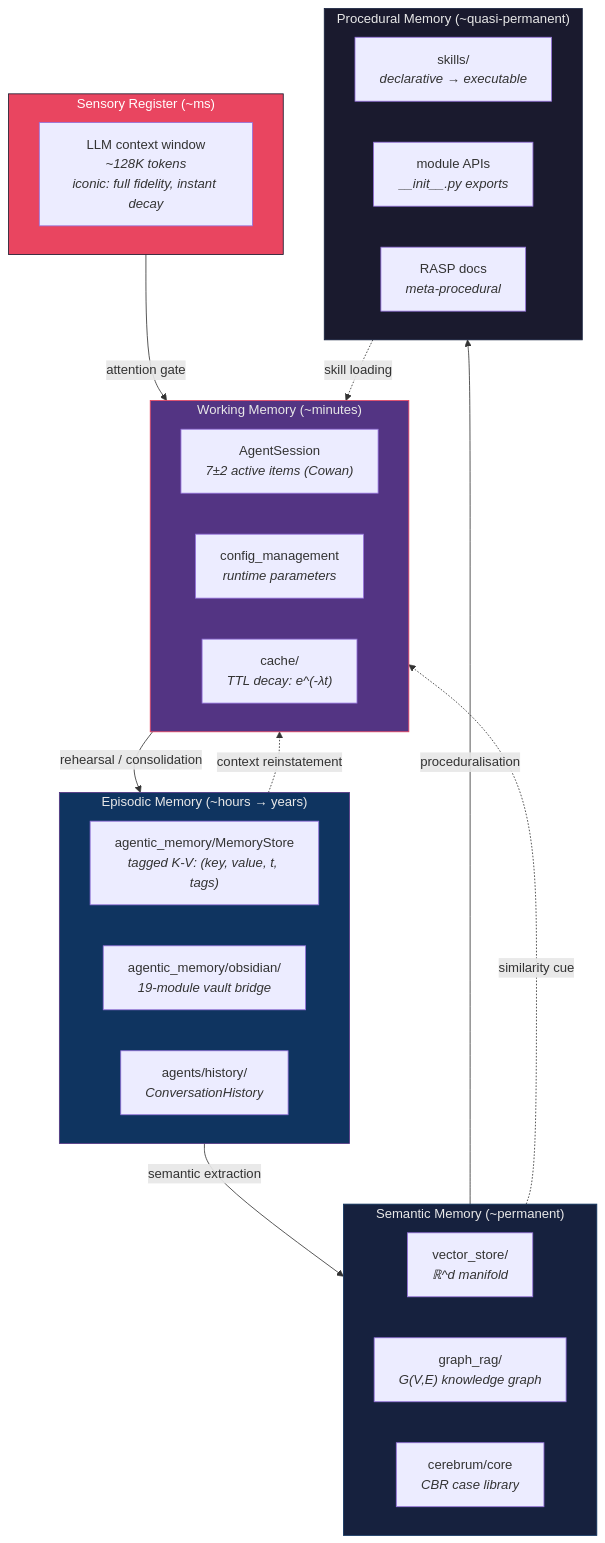
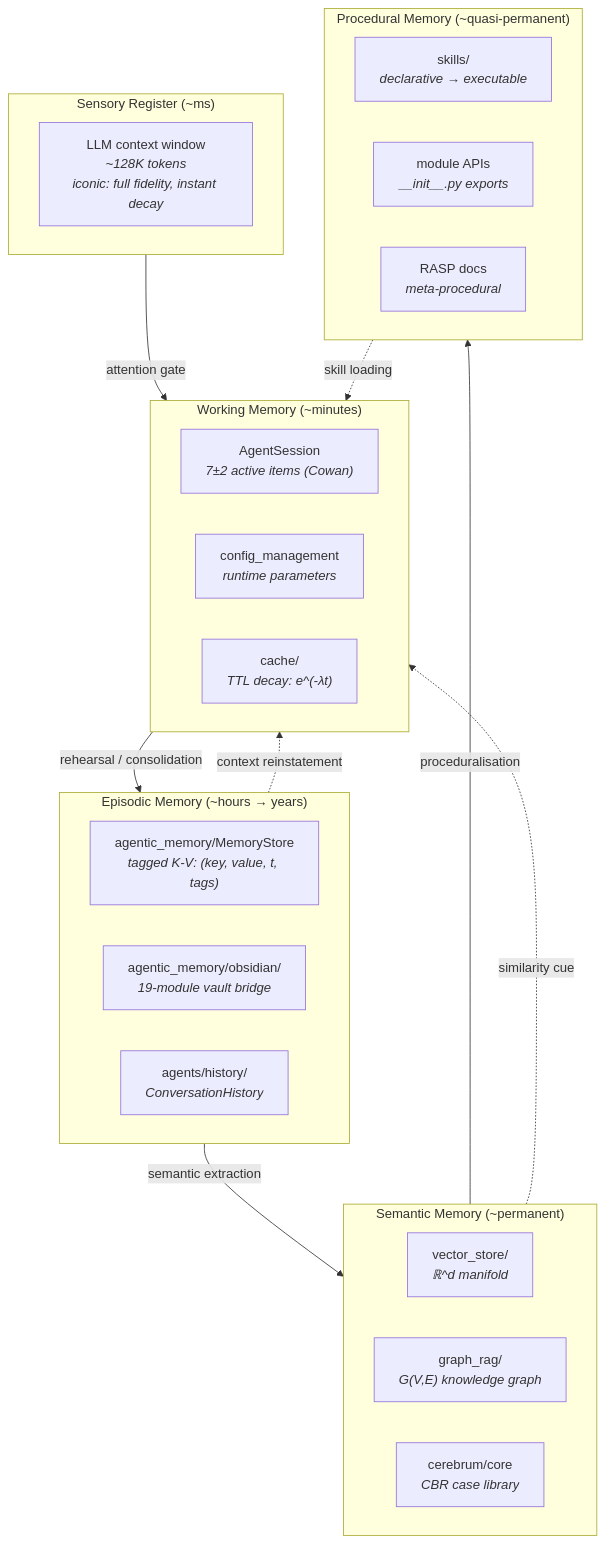
Before and after one commit to docxology/codomyrmex: the diagram in docs/agi/memory_and_continuity.md, drawn with Mermaid. The commit also changed 86 other files, not shown here.

````diff
--- a/docs/agi/memory_and_continuity.md
+++ b/docs/agi/memory_and_continuity.md
@@ -17,45 +17,39 @@
 ```mermaid
 graph TB
     subgraph SENSORY["Sensory Register (~ms)"]
         LLM_CTX["LLM context window<br/><i>~128K tokens</i><br/><i>iconic: full fidelity, instant decay</i>"]
     end
 
     subgraph WORKING["Working Memory (~minutes)"]
         SESSION["AgentSession<br/><i>7±2 active items (Cowan)</i>"]
         CONFIG["config_management<br/><i>runtime parameters</i>"]
         CACHE["cache/<br/><i>TTL decay: e^(-λt)</i>"]
     end
 
     subgraph EPISODIC["Episodic Memory (~hours → years)"]
         AMEM["agentic_memory/MemoryStore<br/><i>tagged K-V: (key, value, t, tags)</i>"]
         OBS["agentic_memory/obsidian/<br/><i>19-module vault bridge</i>"]
         HIST["agents/history/<br/><i>ConversationHistory</i>"]
     end
 
     subgraph SEMANTIC["Semantic Memory (~permanent)"]
         VEC["vector_store/<br/><i>ℝ^d manifold</i>"]
         GRAPH["graph_rag/<br/><i>G(V,E) knowledge graph</i>"]
         CASE["cerebrum/core<br/><i>CBR case library</i>"]
     end
 
     subgraph PROCEDURAL["Procedural Memory (~quasi-permanent)"]
         SKILLS["skills/<br/><i>declarative → executable</i>"]
         CODE["module APIs<br/><i>__init__.py exports</i>"]
         RASP["RASP docs<br/><i>meta-procedural</i>"]
     end
 
     SENSORY -->|"attention gate"| WORKING
     WORKING -->|"rehearsal / consolidation"| EPISODIC
     EPISODIC -->|"semantic extraction"| SEMANTIC
     SEMANTIC -->|"proceduralisation"| PROCEDURAL
 
     PROCEDURAL -.->|"skill loading"| WORKING
     SEMANTIC -.->|"similarity cue"| WORKING
     EPISODIC -.->|"context reinstatement"| WORKING
-
-    style SENSORY fill:#e94560,stroke:#1a1a2e,color:#fff
-    style WORKING fill:#533483,stroke:#e94560,color:#e8e8e8
-    style EPISODIC fill:#0f3460,stroke:#533483,color:#e8e8e8
-    style SEMANTIC fill:#16213e,stroke:#0f3460,color:#e8e8e8
-    style PROCEDURAL fill:#1a1a2e,stroke:#16213e,color:#e8e8e8
 ```
````
